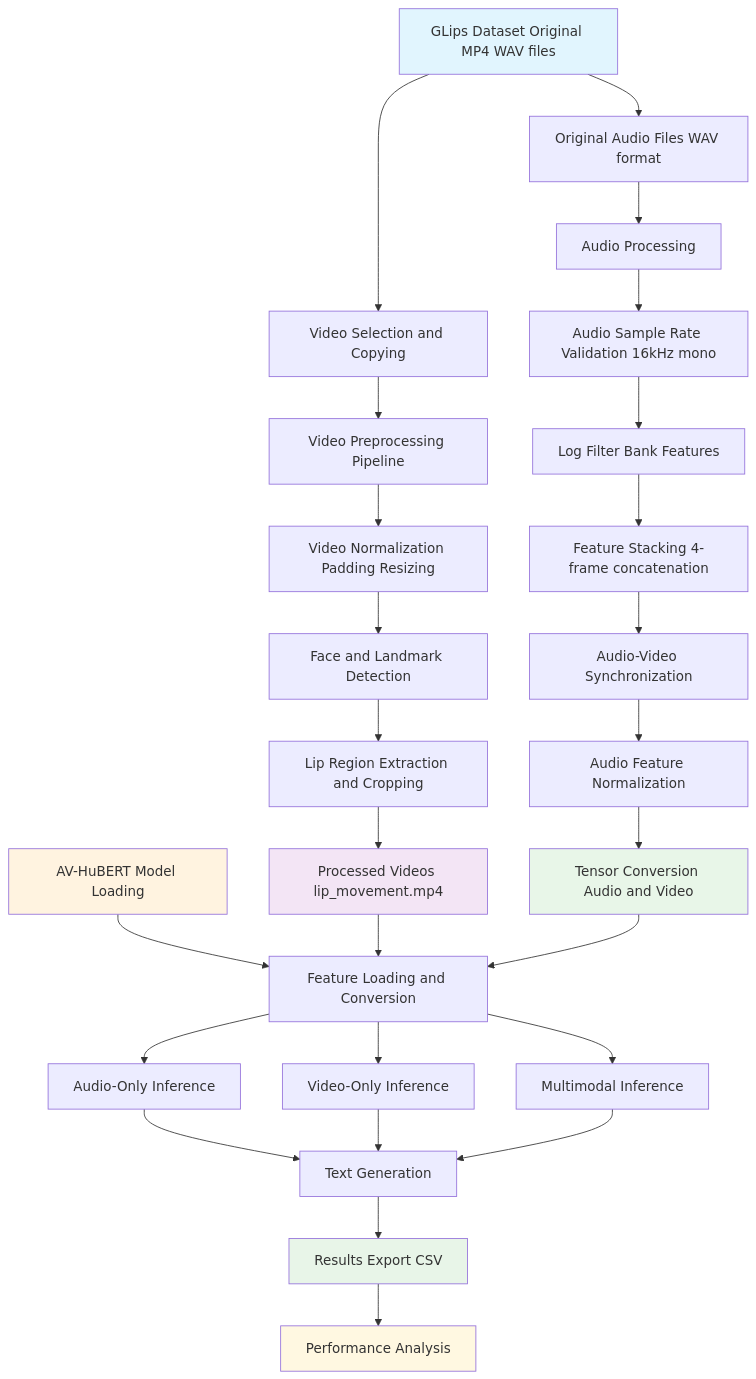
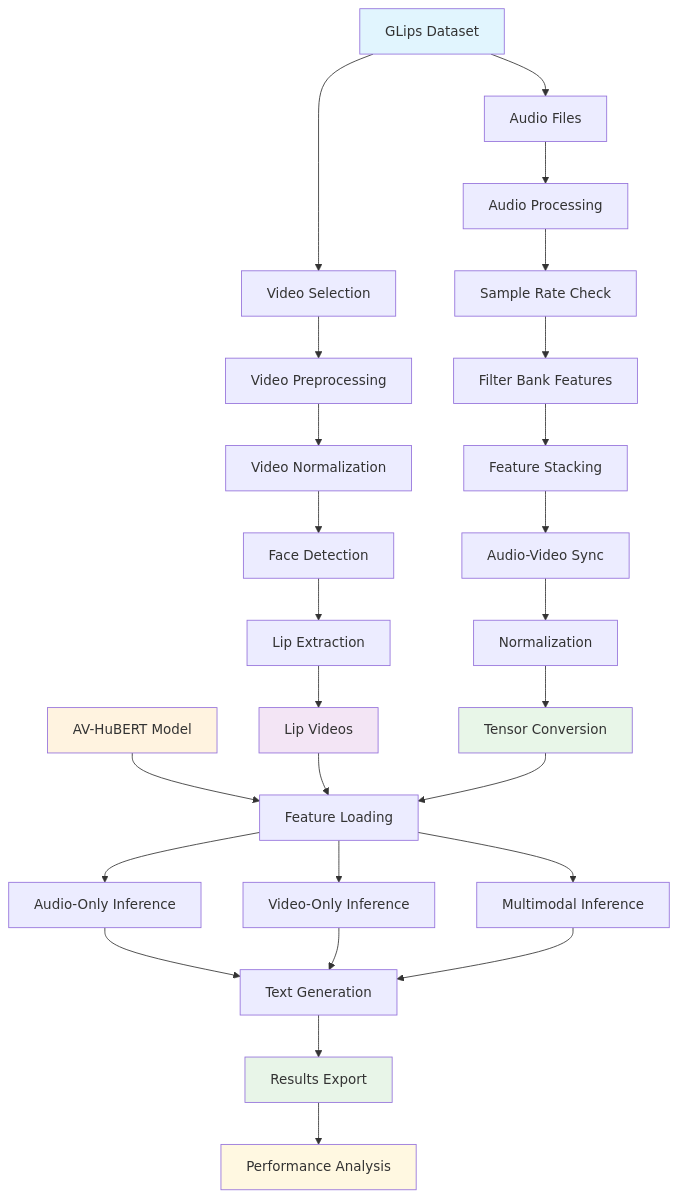
One commit to declined000/AV-HuBERT-Pipeline changed the diagram in README.md. Above: the diagram before and after it, drawn with Mermaid.

Commit message:
fixed mermaid

````diff
--- a/README.md
+++ b/README.md
@@ -13,43 +13,43 @@
 ```mermaid
 flowchart TD
-    A[GLips Dataset Original MP4 WAV files] --> B[Video Selection and Copying]
-    B --> C[Video Preprocessing Pipeline]
+    A[GLips Dataset] --> B[Video Selection]
+    B --> C[Video Preprocessing]
     
-    C --> D[Video Normalization Padding Resizing]
-    D --> E[Face and Landmark Detection]
-    E --> F[Lip Region Extraction and Cropping]
-    F --> G[Processed Videos lip_movement.mp4]
+    C --> D[Video Normalization]
+    D --> E[Face Detection]
+    E --> F[Lip Extraction]
+    F --> G[Lip Videos]
     
-    A --> H[Original Audio Files WAV format]
+    A --> H[Audio Files]
     
-    I[AV-HuBERT Model Loading] --> J[Feature Loading and Conversion]
+    I[AV-HuBERT Model] --> J[Feature Loading]
     G --> J
     H --> K[Audio Processing]
     
-    K --> L[Audio Sample Rate Validation 16kHz mono]
-    L --> M[Log Filter Bank Features]
-    M --> N[Feature Stacking 4-frame concatenation]
-    N --> O[Audio-Video Synchronization]
-    O --> P[Audio Feature Normalization]
-    P --> Q[Tensor Conversion Audio and Video]
+    K --> L[Sample Rate Check]
+    L --> M[Filter Bank Features]
+    M --> N[Feature Stacking]
+    N --> O[Audio-Video Sync]
+    O --> P[Normalization]
+    P --> Q[Tensor Conversion]
     Q --> J
     
     J --> R[Audio-Only Inference]
     J --> S[Video-Only Inference]
     J --> T[Multimodal Inference]
     
     R --> U[Text Generation]
     S --> U
     T --> U
     
-    U --> V[Results Export CSV]
+    U --> V[Results Export]
     
     V --> W[Performance Analysis]
     
     style A fill:#e1f5fe
     style G fill:#f3e5f5
     style I fill:#fff3e0
     style Q fill:#e8f6e8
     style V fill:#e8f5e8
     style W fill:#fff8e1
 ```
````
